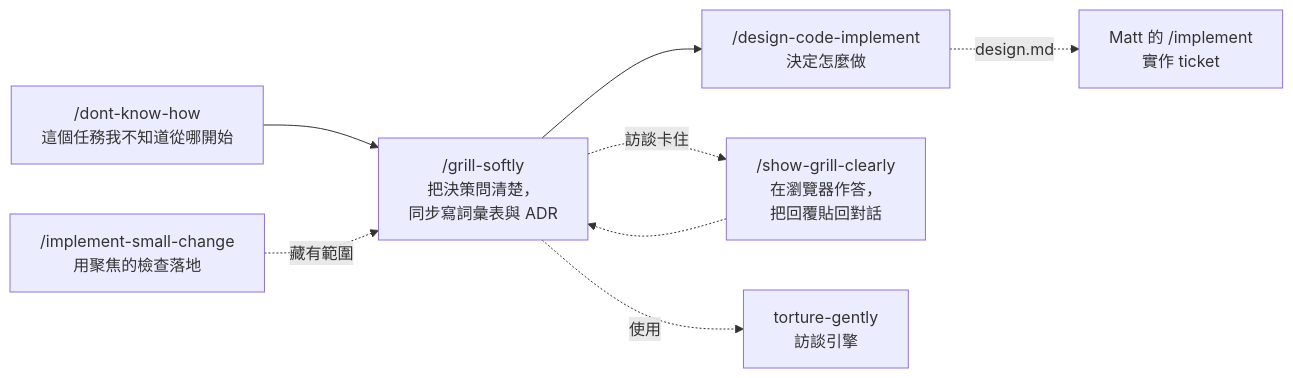
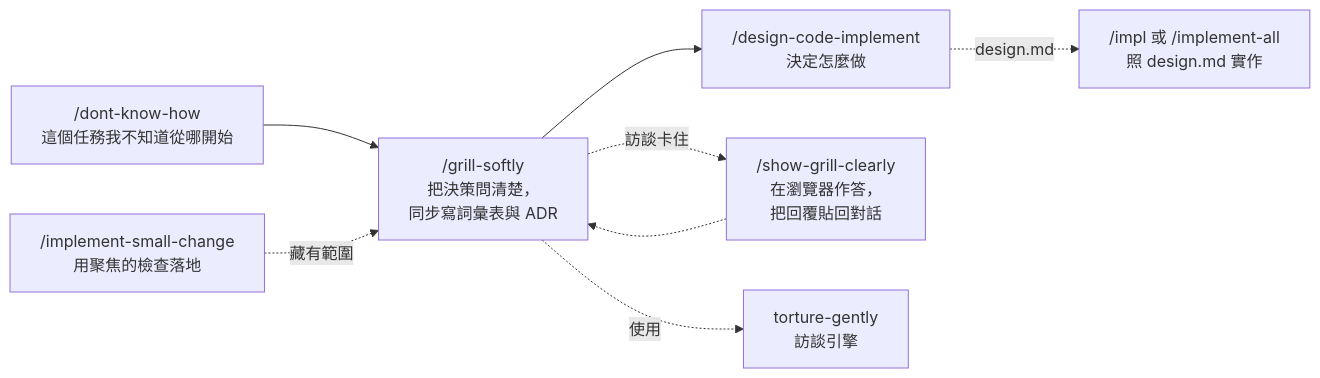
One commit to GUOJIE-HONG/skills changed the diagram in README.zh-TW.md. Above: the diagram before and after it, drawn with Mermaid. The commit also changed other lines of this file and 8 other files, not shown here.

First line of the commit message:
feat: 新增讀取 design.md 的 impl 與 implement-all

````diff
--- a/README.zh-TW.md
+++ b/README.zh-TW.md
@@ -68,11 +67,11 @@
 ```mermaid
 flowchart LR
     A["/dont-know-how<br/>這個任務我不知道從哪開始"] --> B["/grill-softly<br/>把決策問清楚，<br/>同步寫詞彙表與 ADR"]
     B --> C["/design-code-implement<br/>決定怎麼做"]
     D["/implement-small-change<br/>用聚焦的檢查落地"]
-    C -.->|"design.md"| G["Matt 的 /implement<br/>實作 ticket"]
+    C -.->|"design.md"| G["/impl 或 /implement-all<br/>照 design.md 實作"]
     B -. 訪談卡住 .-> E["/show-grill-clearly<br/>在瀏覽器作答，<br/>把回覆貼回對話"]
     E -.-> B
     B -. 使用 .-> F["torture-gently<br/>訪談引擎"]
     D -. 藏有範圍 .-> B
 ```
````
